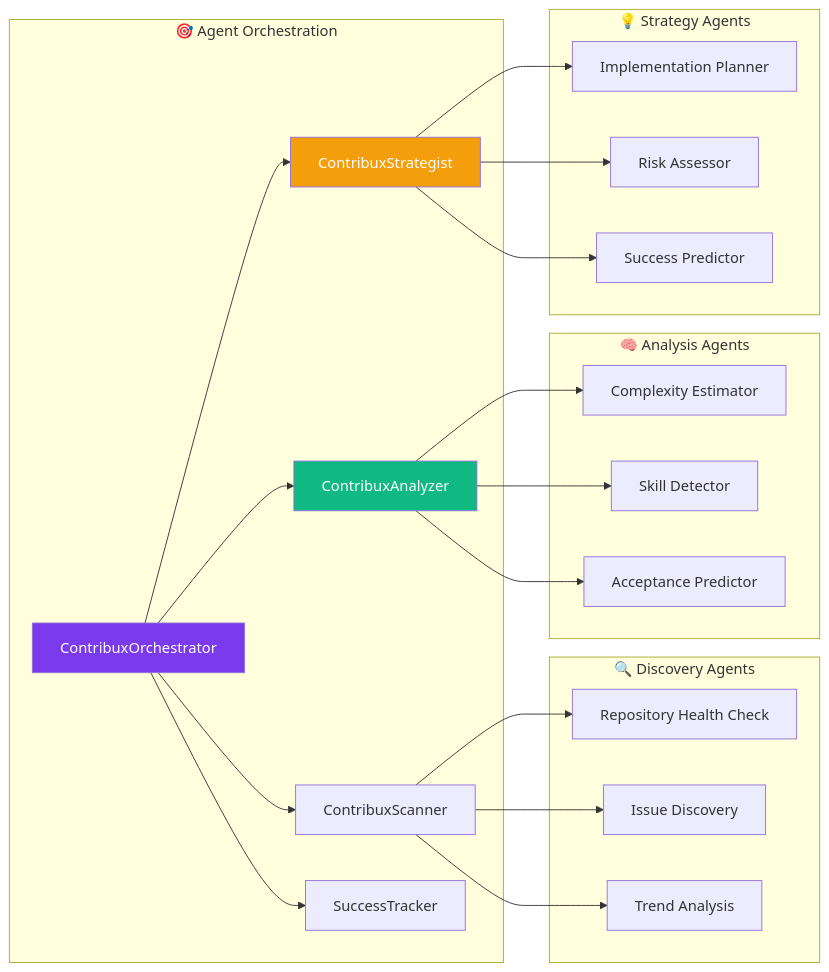
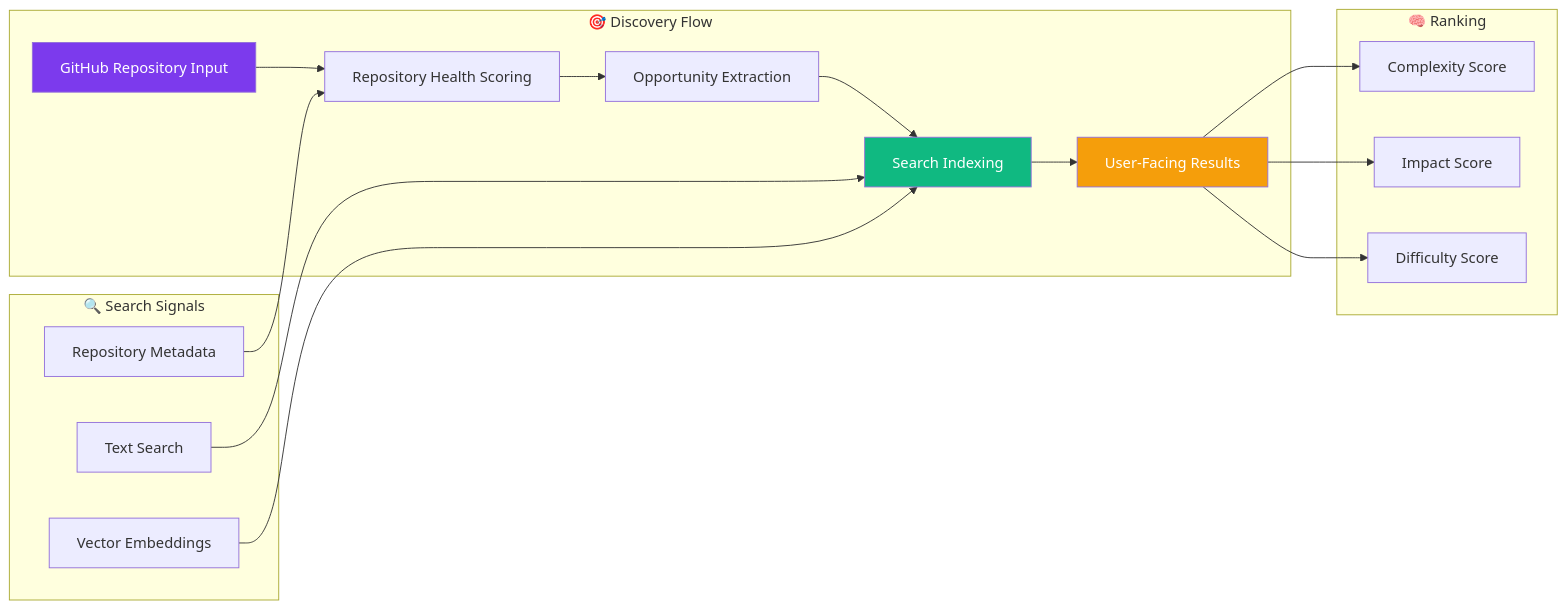
One commit to BjornMelin/contribux changed the third of 5 diagrams in README.md. Above: the diagram before and after it, drawn with Mermaid. The commit also changed other lines of this file and 79 other files, not shown here.

````diff
--- a/README.md
+++ b/README.md
@@ -286,31 +279,32 @@
 ```mermaid
 graph LR
-    subgraph "🎯 Agent Orchestration"
-        A[ContribuxOrchestrator] --> B[ContribuxScanner]
-        A --> C[ContribuxAnalyzer]
-        A --> D[ContribuxStrategist]
-        A --> E[SuccessTracker]
+    subgraph "🎯 Discovery Flow"
+        A[GitHub Repository Input] --> B[Repository Health Scoring]
+        B --> C[Opportunity Extraction]
+        C --> D[Search Indexing]
+        D --> E[User-Facing Results]
     end
 
-    subgraph "🔍 Discovery Agents"
-        B --> F[Repository Health Check]
-        B --> G[Issue Discovery]
-        B --> H[Trend Analysis]
+    subgraph "🔍 Search Signals"
+        F[Text Search]
+        G[Vector Embeddings]
+        H[Repository Metadata]
     end
 
-    subgraph "🧠 Analysis Agents"
-        C --> I[Complexity Estimator]
-        C --> J[Skill Detector]
-        C --> K[Acceptance Predictor]
+    subgraph "🧠 Ranking"
+        I[Complexity Score]
+        J[Impact Score]
+        K[Difficulty Score]
     end
 
-    subgraph "💡 Strategy Agents"
-        D --> L[Implementation Planner]
-        D --> M[Risk Assessor]
-        D --> N[Success Predictor]
-    end
+    F --> D
+    G --> D
+    H --> B
+    E --> I
+    E --> J
+    E --> K
 
     style A fill:#7C3AED,color:#fff
-    style C fill:#10B981,color:#fff
-    style D fill:#F59E0B,color:#fff
+    style D fill:#10B981,color:#fff
+    style E fill:#F59E0B,color:#fff
 ```
````
